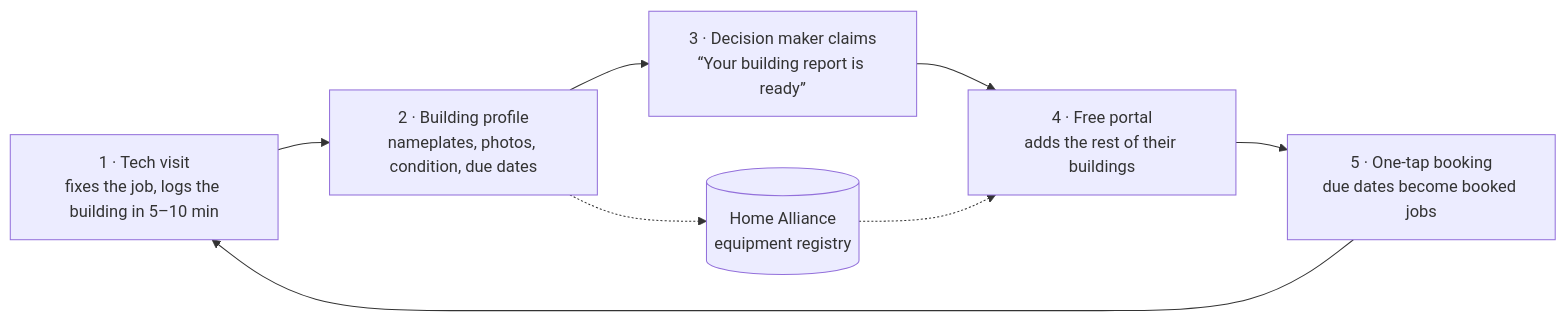
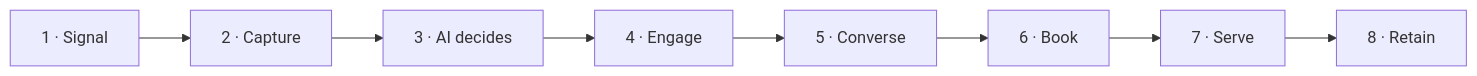
The first of 2 diagrams in README.md (michelek-bit/outreach-commercial-property), drawn with Mermaid before and after one commit. The commit also changed other lines of this file and 1 other file, not shown here.

````diff
--- a/README.md
+++ b/README.md
@@ -41,10 +58,4 @@
 ```mermaid
 flowchart LR
-    A[1 · Tech visit<br/>fixes the job, logs the building in 5–10 min] --> B[2 · Building profile<br/>nameplates, photos, condition, due dates]
-    B --> C[3 · Decision maker claims<br/>“Your building report is ready”]
-    C --> D[4 · Free portal<br/>adds the rest of their buildings]
-    D --> E[5 · One-tap booking<br/>due dates become booked jobs]
-    E --> A
-    B -.-> F[(Home Alliance<br/>equipment registry)]
-    F -.-> D
+    S[1 · Signal] --> C[2 · Capture] --> A[3 · AI decides] --> E[4 · Engage] --> V[5 · Converse] --> B[6 · Book] --> D[7 · Serve] --> R[8 · Retain]
 ```
````
